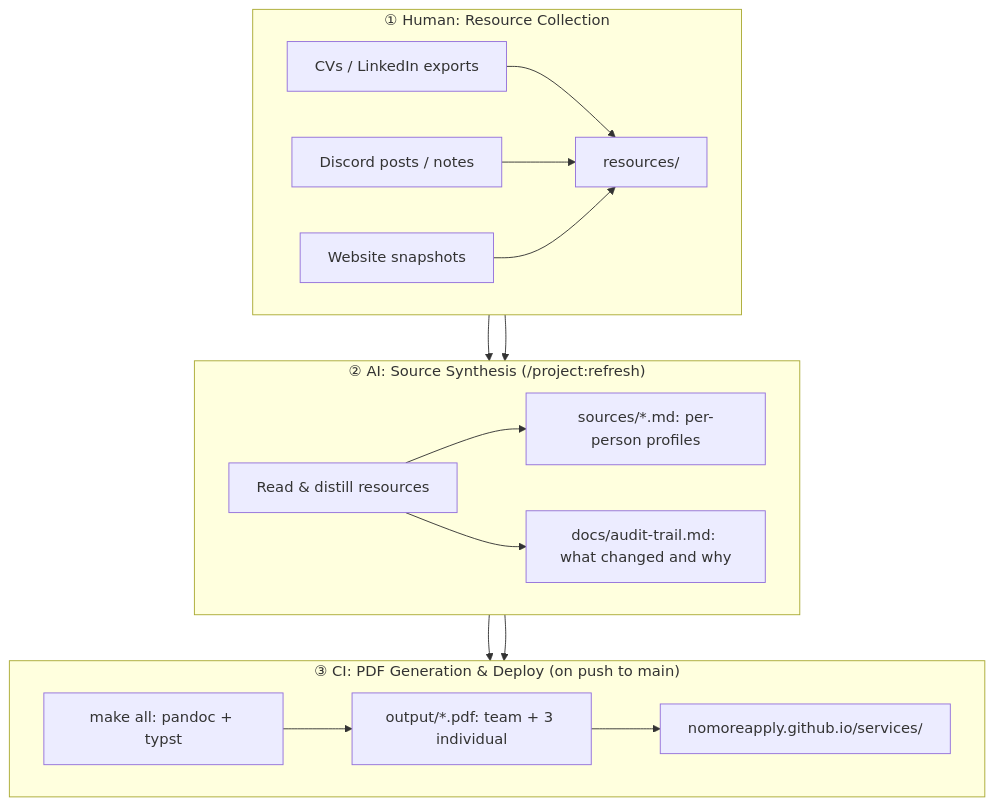
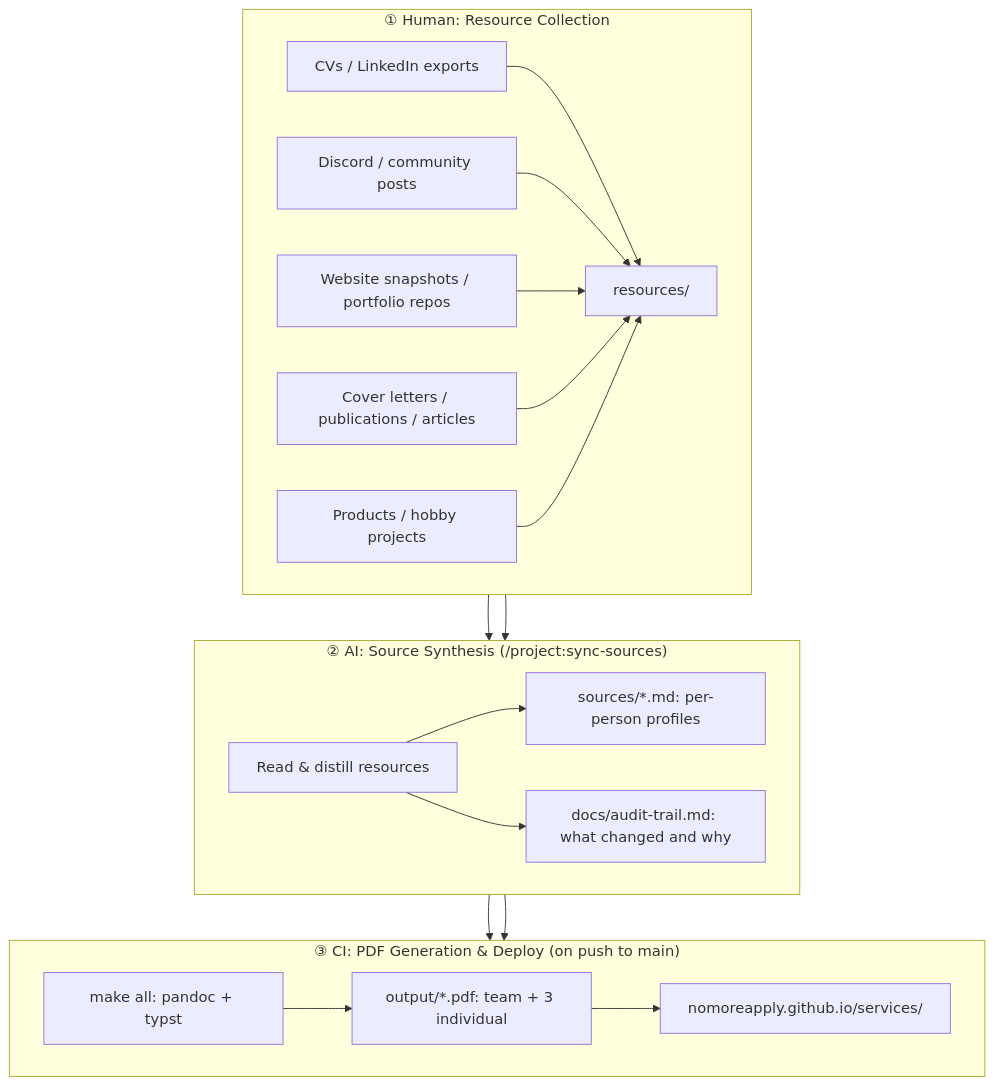
The diagram in README.md (NoMoreApply/services), drawn with Mermaid before and after one commit. The commit also changed other lines of this file and 34 other files, not shown here.

````diff
--- a/README.md
+++ b/README.md
@@ -3,27 +3,29 @@
 ```mermaid
 flowchart TD
     subgraph HUMAN["① Human: Resource Collection"]
         direction LR
         R1[CVs / LinkedIn exports]
-        R2[Discord posts / notes]
-        R3[Website snapshots]
-        R1 & R2 & R3 --> RES[resources/]
+        R2[Discord / community posts]
+        R3[Website snapshots / portfolio repos]
+        R4[Cover letters / publications / articles]
+        R5[Products / hobby projects]
+        R1 & R2 & R3 & R4 & R5 --> RES[resources/]
     end
 
-    subgraph AI["② AI: Source Synthesis  (/project:refresh)"]
+    subgraph AI["② AI: Source Synthesis  (/project:sync-sources)"]
         direction LR
         RES --> READ[Read & distill resources]
         READ --> SRC["sources/*.md: per-person profiles"]
         READ --> TRAIL["docs/audit-trail.md: what changed and why"]
     end
 
     subgraph CI["③ CI: PDF Generation & Deploy  (on push to main)"]
         direction LR
         SRC --> BUILD["make all: pandoc + typst"]
         BUILD --> PDF["output/*.pdf: team + 3 individual"]
         PDF --> PAGES["nomoreapply.github.io/services/"]
     end
 
     HUMAN --> AI
     AI --> CI
 ```
````
